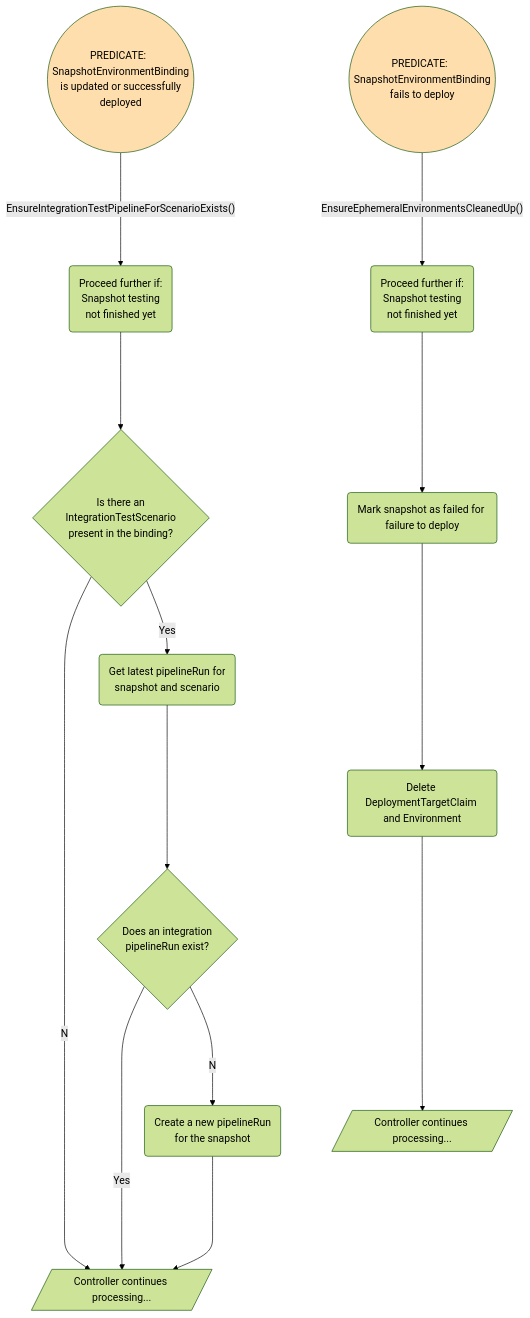
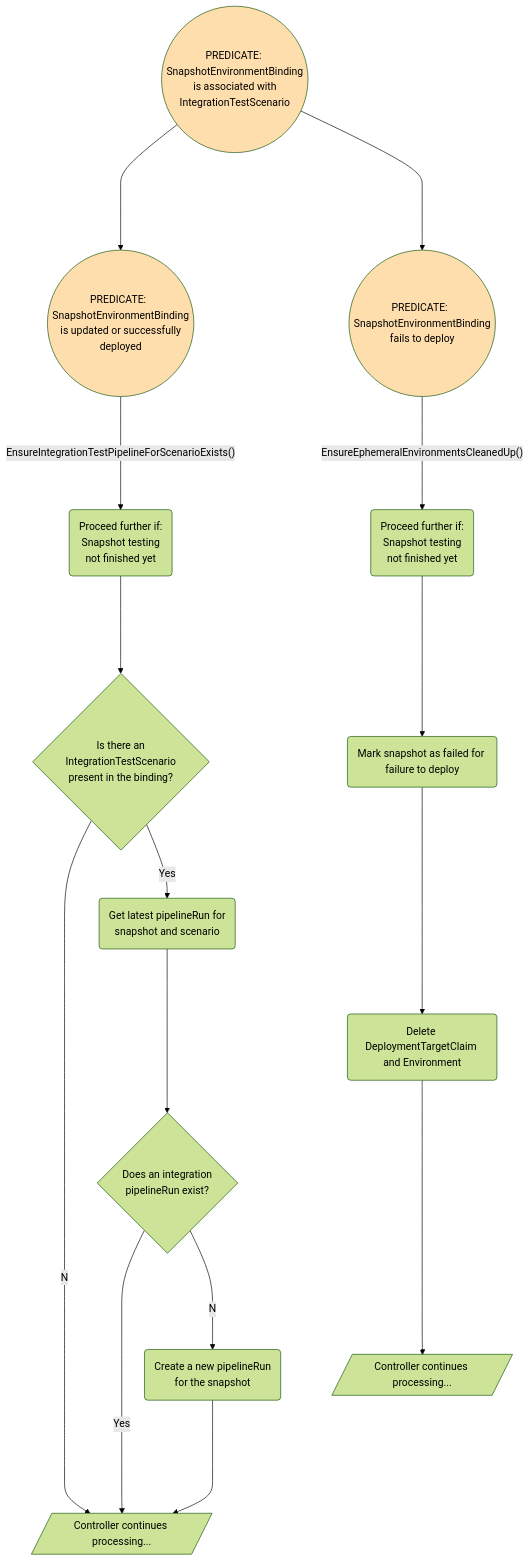
One commit to konflux-ci/integration-service changed the diagram in docs/binding-controller.md. Above: the diagram before and after it, drawn with Mermaid. The commit also changed 4 other files, not shown here.

First line of the commit message:
feat(STONEINTG-565): separate predicate for integration SEBs

````diff
--- a/docs/binding-controller.md
+++ b/docs/binding-controller.md
@@ -1,50 +1,54 @@
 ```mermaid
 %%{init: {'theme':'forest'}}%%
 flowchart TD
   %% Defining the styles
     classDef Red fill:#FF9999;
     classDef Amber fill:#FFDEAD;
     classDef Green fill:#BDFFA4;
 
+predicate_integration_seb((PREDICATE: <br>SnapshotEnvironmentBinding<br>is associated with<br>IntegrationTestScenario))
 predicate_deploy_success((PREDICATE:  <br>SnapshotEnvironmentBinding<br>is updated or successfully<br>deployed))
 
 %%%%%%%%%%%%%%%%%%%%%%% Drawing EnsureIntegrationTestPipelineForScenarioExists() function
 
 %% Node definitions
 ensure1(Proceed further if:<br>Snapshot testing <br> not finished yet)
 isThereAnITS{"Is there an<br>IntegrationTestScenario<br>present in the binding?"}
 continueProcessing1[/Controller continues processing.../]
 getLatestPipelineRun("Get latest pipelineRun for<br>snapshot and scenario")
 isPipelineRunExisting{"Does an integration<br>pipelineRun exist?"}
 createNewPipelineRun("Create a new pipelineRun<br>for the snapshot")
 
 %% Node connections
+predicate_integration_seb  ---->       predicate_deploy_success
 predicate_deploy_success   ---->       |"EnsureIntegrationTestPipelineForScenarioExists()"|ensure1
 ensure1                    ---->       isThereAnITS
 isThereAnITS               --No-->     continueProcessing1
 isThereAnITS               --Yes-->    getLatestPipelineRun
 getLatestPipelineRun       ---->       isPipelineRunExisting
 isPipelineRunExisting      --Yes-->    continueProcessing1
 isPipelineRunExisting      --No-->     createNewPipelineRun
 createNewPipelineRun       ---->       continueProcessing1
 
 predicate_deploy_fail((PREDICATE:  <br>SnapshotEnvironmentBinding<br>fails to deploy))
 
 %%%%%%%%%%%%%%%%%%%%%%% Drawing EnsureEphemeralEnvironmentsCleanedUp() function
 
 %% Node definitions
 ensure2(Proceed further if:<br>Snapshot testing <br> not finished yet)
 markSnapshot("Mark snapshot as failed for failure to deploy")
 cleanupDeploymentArtifacts("Delete DeploymentTargetClaim and Environment")
 continueProcessing2[/Controller continues processing.../]
 
 %% Node connections
+predicate_integration_seb    ---->       predicate_deploy_fail
 predicate_deploy_fail        ---->       |"EnsureEphemeralEnvironmentsCleanedUp()"|ensure2
 ensure2                      ---->       markSnapshot
 markSnapshot                 ---->       cleanupDeploymentArtifacts
 cleanupDeploymentArtifacts   ---->       continueProcessing2
 
 %% Assigning styles to nodes
 class predicate_deploy_success Amber;
 class predicate_deploy_fail Amber;
+class predicate_integration_seb Amber;
 ```
````
